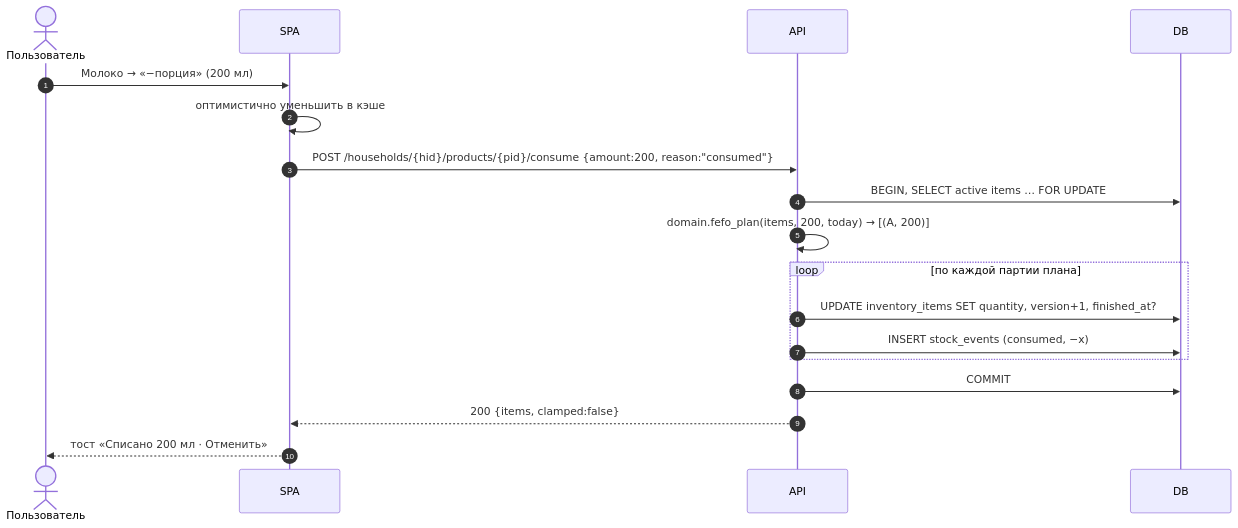
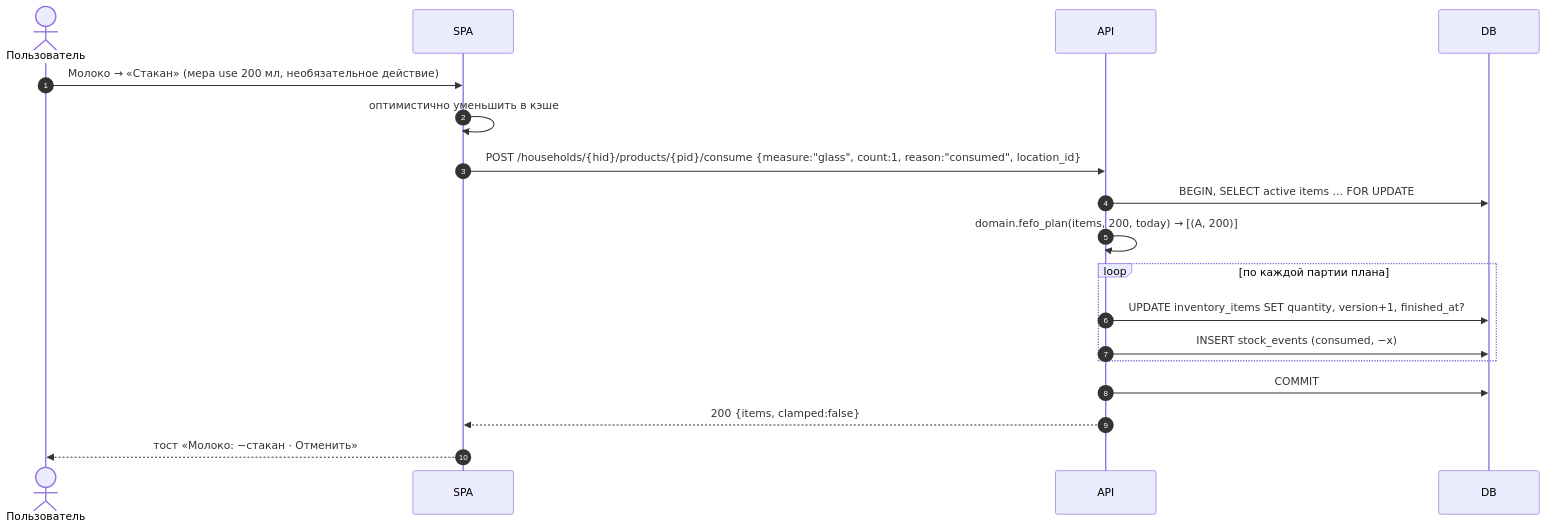
One commit to kvadratI4/zakroma changed the fourth of 7 diagrams in docs/diagrams/sequences.md. Above: the diagram before and after it, drawn with Mermaid. The commit also changed other lines of this file and 27 other files, not shown here.

````diff
--- a/docs/diagrams/sequences.md
+++ b/docs/diagrams/sequences.md
@@ -80,20 +82,20 @@
 ```mermaid
 sequenceDiagram
     autonumber
     actor U as Пользователь
     participant S as SPA
     participant A as API
     participant D as DB
-    U->>S: Молоко → «−порция» (200 мл)
+    U->>S: Молоко → «Стакан» (мера use 200 мл, необязательное действие)
     S->>S: оптимистично уменьшить в кэше
-    S->>A: POST /households/{hid}/products/{pid}/consume {amount:200, reason:"consumed"}
+    S->>A: POST /households/{hid}/products/{pid}/consume {measure:"glass", count:1, reason:"consumed", location_id}
     A->>D: BEGIN, SELECT active items … FOR UPDATE
     A->>A: domain.fefo_plan(items, 200, today) → [(A, 200)]
     loop по каждой партии плана
         A->>D: UPDATE inventory_items SET quantity, version+1, finished_at?
         A->>D: INSERT stock_events (consumed, −x)
     end
     A->>D: COMMIT
     A-->>S: 200 {items, clamped:false}
-    S-->>U: тост «Списано 200 мл · Отменить»
+    S-->>U: тост «Молоко: −стакан · Отменить»
 ```
````
